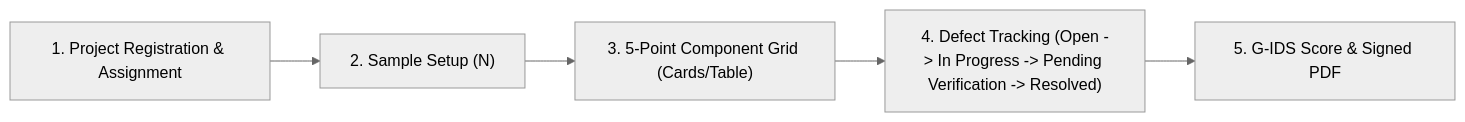
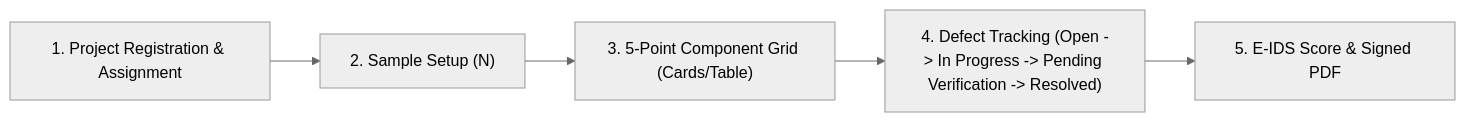
Before and after one commit to muqrizmarzuki/eidsv2: the first of 4 diagrams in docs/USER_MANUAL.md, drawn with Mermaid (neutral theme). The commit also changed other lines of this file and 48 other files, not shown here.

````diff
--- a/docs/USER_MANUAL.md
+++ b/docs/USER_MANUAL.md
@@ -16,7 +16,7 @@
 ```mermaid
 flowchart LR
     A["1. Project Registration & Assignment"] --> B["2. Sample Setup (N)"]
     B --> C["3. 5-Point Component Grid (Cards/Table)"]
     C --> D["4. Defect Tracking (Open -> In Progress -> Pending Verification -> Resolved)"]
-    D --> E["5. G-IDS Score & Signed PDF"]
+    D --> E["5. E-IDS Score & Signed PDF"]
 ```
````
